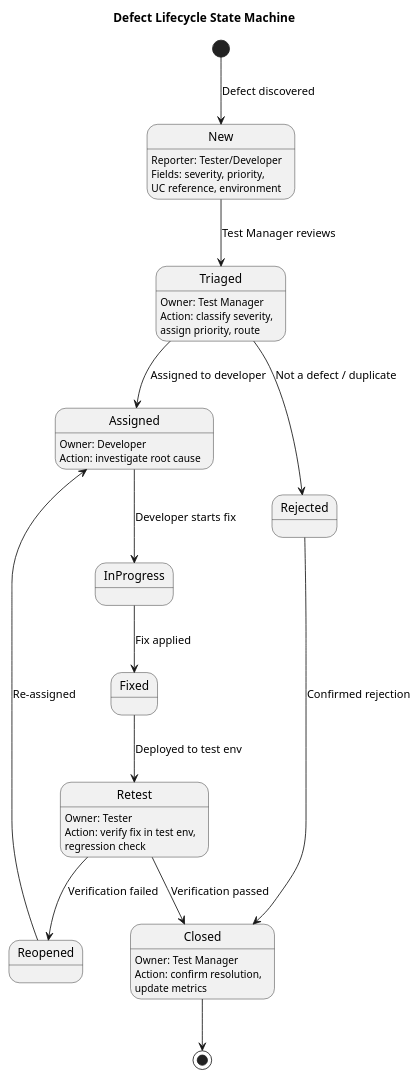
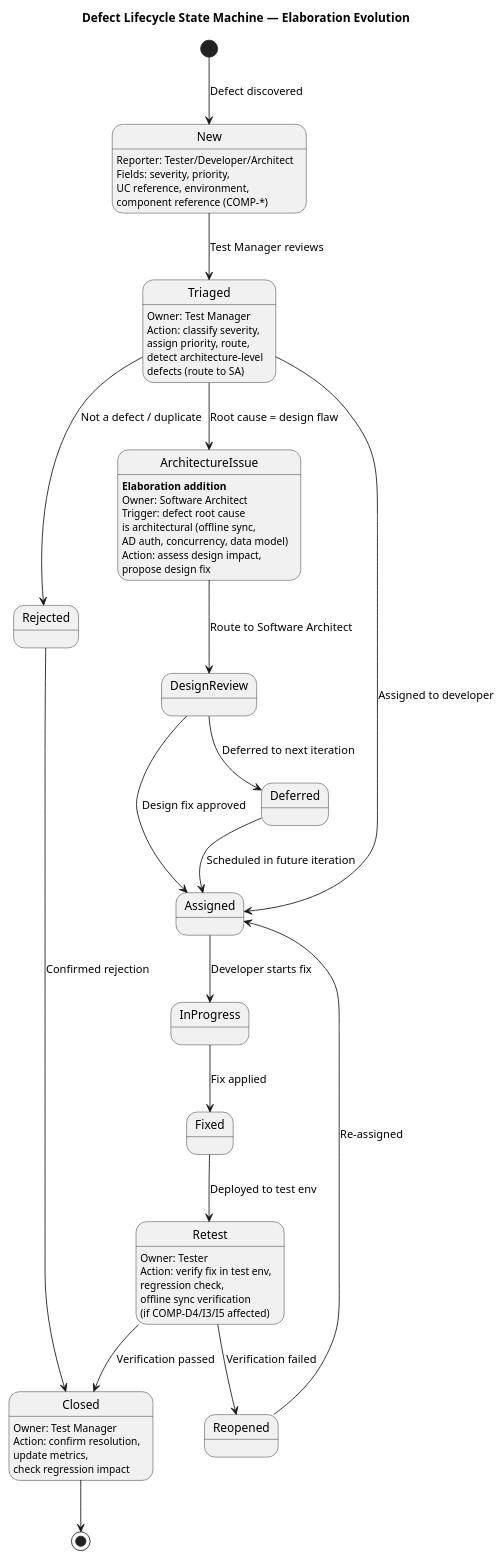
One commit to banense-test/demo-janke-lab changed the second of 2 diagrams in docs/artifacts/test/test-evaluation-summary.md. Above: the diagram before and after it, drawn with PlantUML. The commit also changed other lines of this file, not shown here.

````diff
--- a/docs/artifacts/test/test-evaluation-summary.md
+++ b/docs/artifacts/test/test-evaluation-summary.md
@@ -121,44 +202,60 @@
 ```plantuml
 @startuml
-title Defect Lifecycle State Machine
+title Defect Lifecycle State Machine — Elaboration Evolution
 
 [*] --> New : Defect discovered
 New --> Triaged : Test Manager reviews
 Triaged --> Assigned : Assigned to developer
 Triaged --> Rejected : Not a defect / duplicate
+Triaged --> ArchitectureIssue : Root cause = design flaw
 Assigned --> InProgress : Developer starts fix
+ArchitectureIssue --> DesignReview : Route to Software Architect
+DesignReview --> Assigned : Design fix approved
+DesignReview --> Deferred : Deferred to next iteration
 InProgress --> Fixed : Fix applied
 Fixed --> Retest : Deployed to test env
 Retest --> Closed : Verification passed
 Retest --> Reopened : Verification failed
 Reopened --> Assigned : Re-assigned
+Deferred --> Assigned : Scheduled in future iteration
 Rejected --> Closed : Confirmed rejection
 Closed --> [*]
 
 state New {
-  New : Reporter: Tester/Developer
+  New : Reporter: Tester/Developer/Architect
   New : Fields: severity, priority,
-  New :   UC reference, environment
+  New :   UC reference, environment,
+  New :   component reference (COMP-*)
 }
 state Triaged {
   Triaged : Owner: Test Manager
   Triaged : Action: classify severity,
-  Triaged :   assign priority, route
+  Triaged :   assign priority, route,
+  Triaged :   detect architecture-level
+  Triaged :   defects (route to SA)
 }
-state Assigned {
-  Assigned : Owner: Developer
-  Assigned : Action: investigate root cause
+state ArchitectureIssue {
+  ArchitectureIssue : **Elaboration addition**
+  ArchitectureIssue : Owner: Software Architect
+  ArchitectureIssue : Trigger: defect root cause
+  ArchitectureIssue :   is architectural (offline sync,
+  ArchitectureIssue :   AD auth, concurrency, data model)
+  ArchitectureIssue : Action: assess design impact,
+  ArchitectureIssue :   propose design fix
 }
 state Retest {
   Retest : Owner: Tester
   Retest : Action: verify fix in test env,
-  Retest :   regression check
+  Retest :   regression check,
+  Retest :   offline sync verification
+  Retest :   (if COMP-D4/I3/I5 affected)
 }
 state Closed {
   Closed : Owner: Test Manager
   Closed : Action: confirm resolution,
-  Closed :   update metrics
+  Closed :   update metrics,
+  Closed :   check regression impact
 }
 
 @enduml
 ```
````
